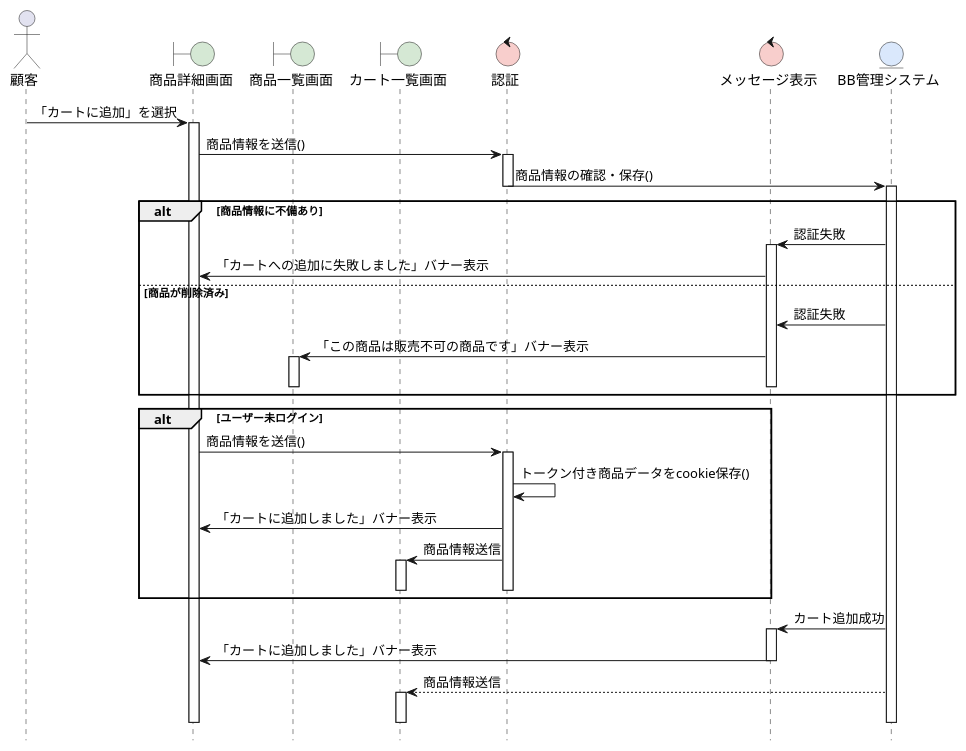
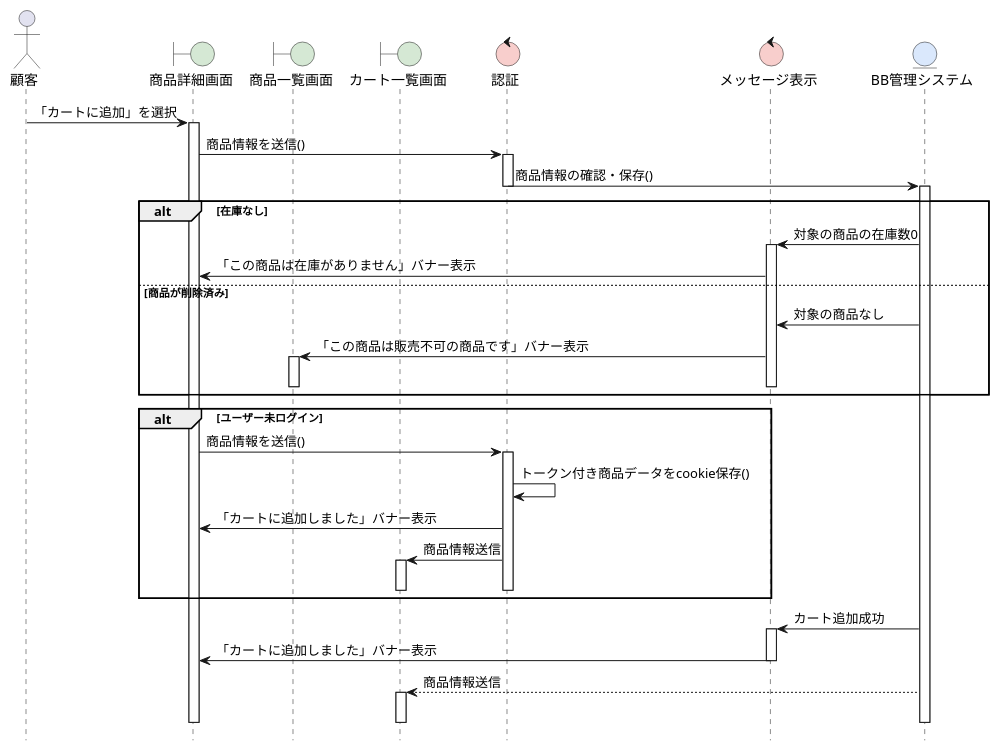
One commit to FujikawaHirono0520/group3_1_dogdog changed the diagram in BB/sequence_cart.pu. Above: the diagram before and after it, drawn with PlantUML. The commit also changed 2 other files, not shown here.

```diff
--- a/BB/sequence_cart.pu
+++ b/BB/sequence_cart.pu
@@ -1,63 +1,63 @@
 @startuml
 hide footbox
 skinparam boundaryBackgroundColor #D5E8D4
 skinparam controlBackgroundColor  #F8CECC
 skinparam entityBackgroundColor   #DAE8FC
 
 actor 顧客 as user
 boundary 商品詳細画面 as B1
 boundary 商品一覧画面 as B2
 boundary カート一覧画面 as B3
 control 認証 as C1
 control メッセージ表示 as C2
 entity BB管理システム as E
 
 user -> B1: 「カートに追加」を選択
 activate B1
 
 B1 -> C1: 商品情報を送信()
 activate C1
 C1 -> E: 商品情報の確認・保存()
 deactivate C1
 activate E
 
-alt 商品情報に不備あり
-    E -> C2: 認証失敗
+alt 在庫なし
+    E -> C2: 対象の商品の在庫数0
     activate C2
-    C2 -> B1: 「カートへの追加に失敗しました」バナー表示
+    C2 -> B1: 「この商品は在庫がありません」バナー表示
     deactivate C1
 else 商品が削除済み
-    E -> C2: 認証失敗
+    E -> C2: 対象の商品なし
     C2 -> B2: 「この商品は販売不可の商品です」バナー表示
     activate B2
     deactivate C1
     deactivate B2
     deactivate C2
 
 end
 
 alt ユーザー未ログイン
     B1 -> C1: 商品情報を送信()
     activate C1
     C1 -> C1: トークン付き商品データをcookie保存()
     C1 -> B1: 「カートに追加しました」バナー表示
     C1 -> B3: 商品情報送信
     activate B3
     deactivate C1
     deactivate B3
 
 end
 
 E -> C2: カート追加成功
 activate C2
 C2 -> B1: 「カートに追加しました」バナー表示
 deactivate C2
 E --> B3: 商品情報送信
 activate B3
 deactivate B3
 deactivate E
 deactivate C1
 deactivate B1
 
 
 @enduml
```
